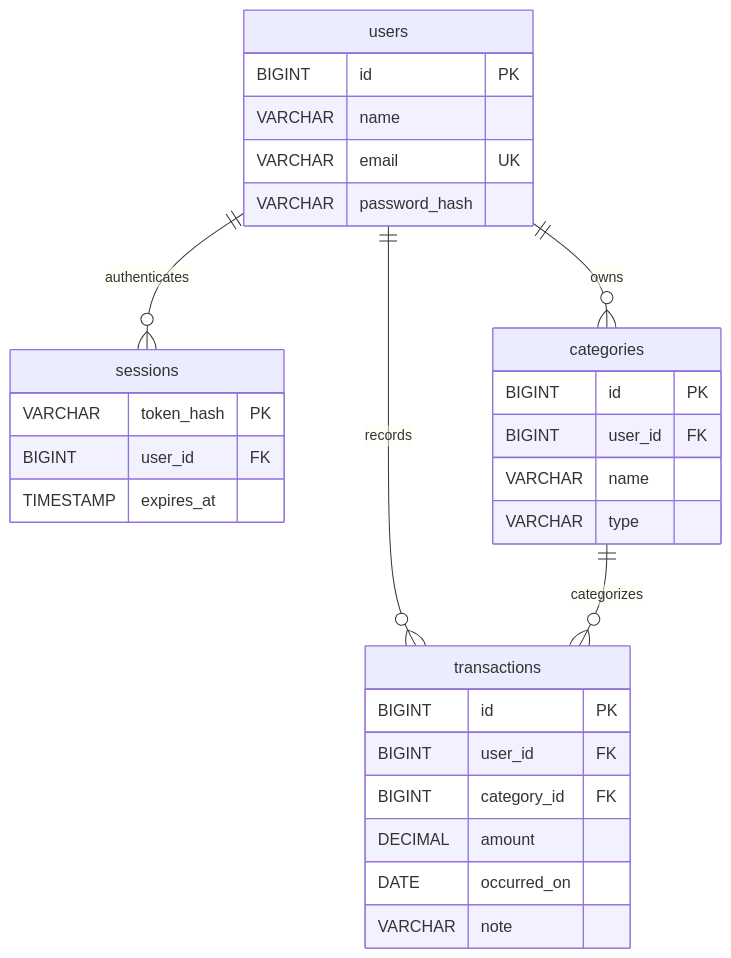
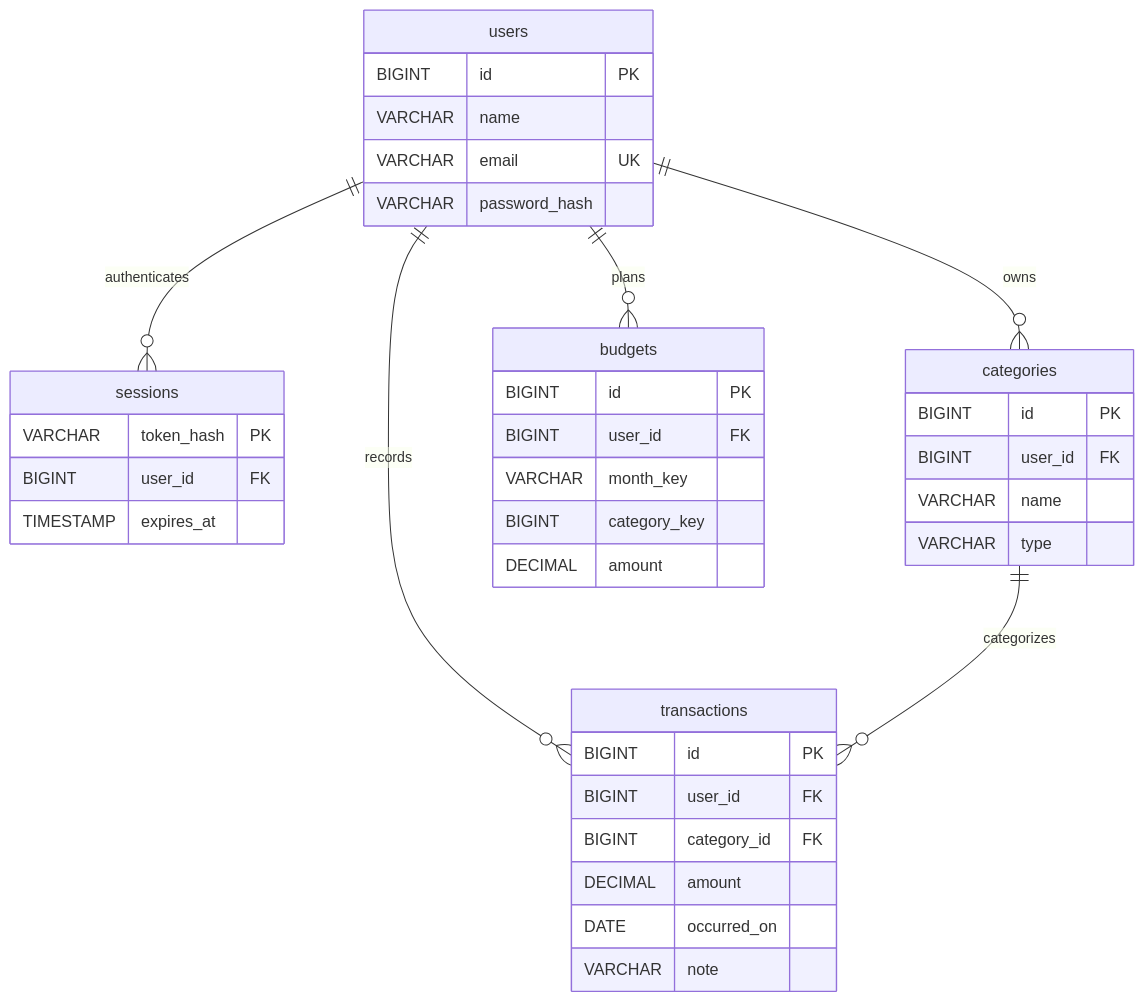
The diagram in docs/DATABASE.md (GalibDev/daily-hisab-java), drawn with Mermaid before and after one commit. The commit also changed other lines of this file and 5 other files, not shown here.

Commit message:
docs: document phase 2 features schema upgrade and demo steps

````diff
--- a/docs/DATABASE.md
+++ b/docs/DATABASE.md
@@ -12,32 +13,40 @@
 ```mermaid
 erDiagram
     users ||--o{ sessions : authenticates
     users ||--o{ categories : owns
     users ||--o{ transactions : records
+    users ||--o{ budgets : plans
     categories ||--o{ transactions : categorizes
     users {
         BIGINT id PK
         VARCHAR name
         VARCHAR email UK
         VARCHAR password_hash
     }
     sessions {
         VARCHAR token_hash PK
         BIGINT user_id FK
         TIMESTAMP expires_at
     }
     categories {
         BIGINT id PK
         BIGINT user_id FK
         VARCHAR name
         VARCHAR type
     }
     transactions {
         BIGINT id PK
         BIGINT user_id FK
         BIGINT category_id FK
         DECIMAL amount
         DATE occurred_on
         VARCHAR note
     }
+    budgets {
+        BIGINT id PK
+        BIGINT user_id FK
+        VARCHAR month_key
+        BIGINT category_key
+        DECIMAL amount
+    }
 ```
````
